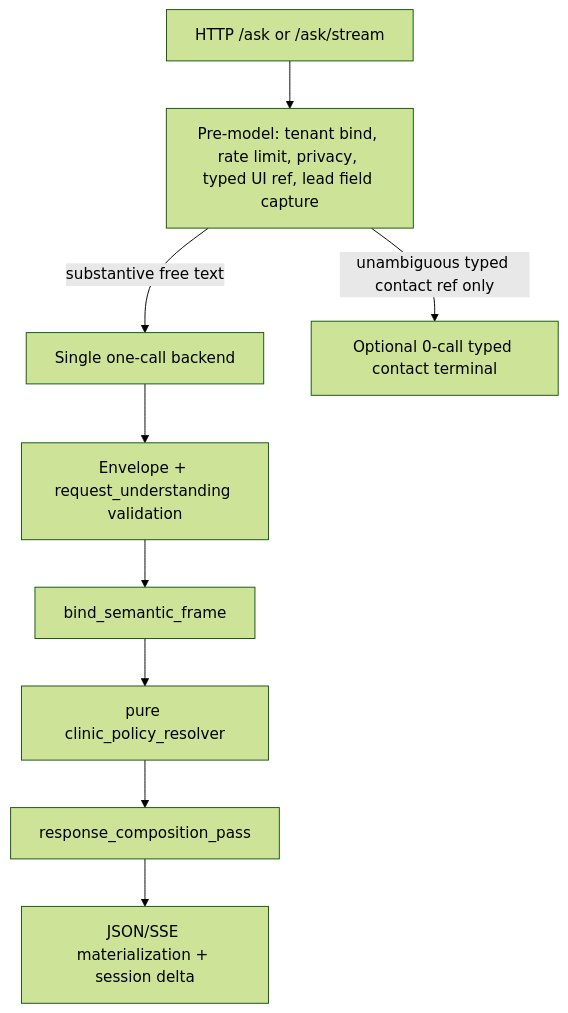
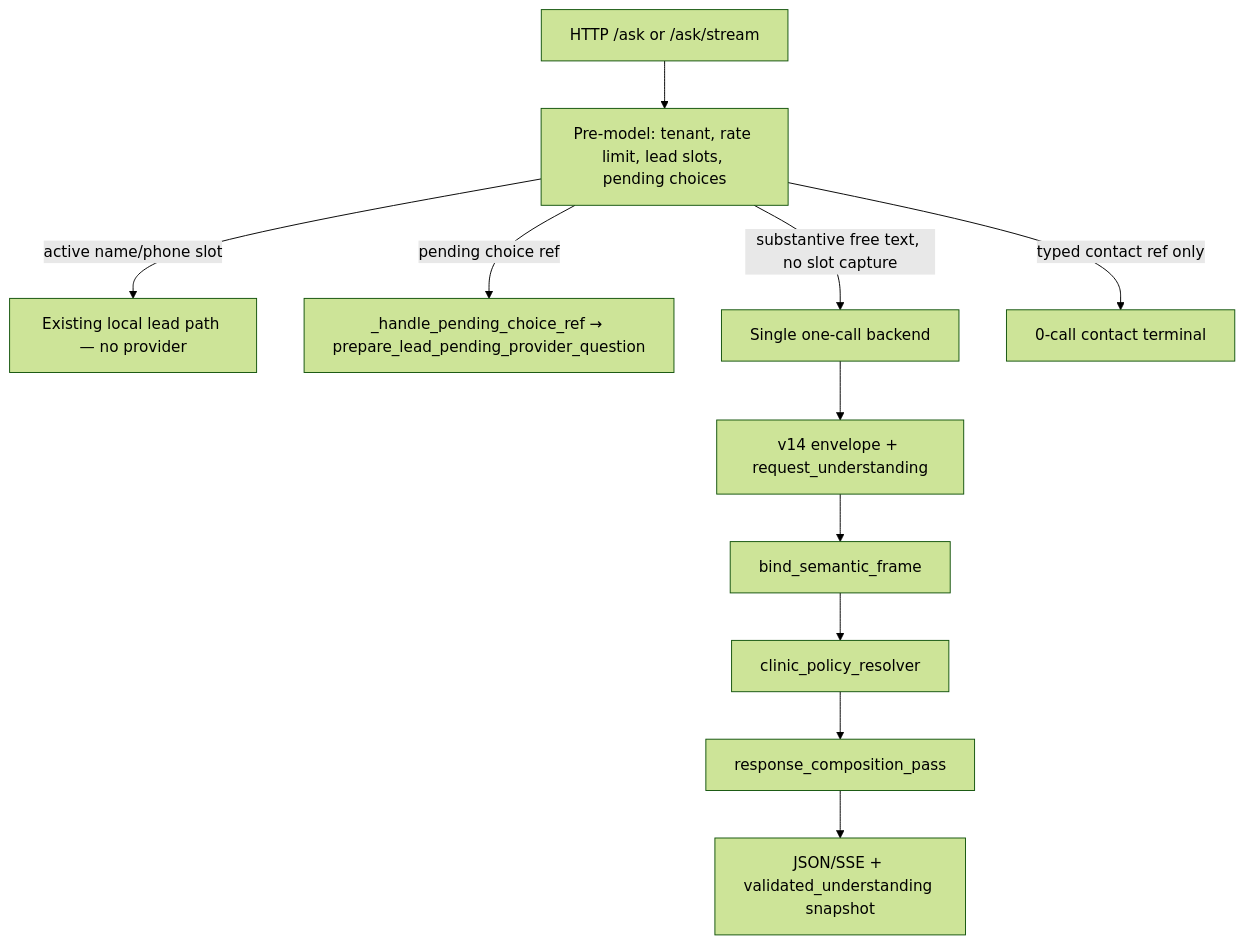
The diagram in docs/tasks/DEMO_D1R_MODEL_UNDERSTANDING.md (Dhmnzr79/artgents-bot), drawn with Mermaid (forest theme) before and after one commit. The commit also changed other lines of this file and 1 other file, not shown here.

First line of the commit message:
D1R checkpoint A1: apply architect review to integration design.

````diff
--- a/docs/tasks/DEMO_D1R_MODEL_UNDERSTANDING.md
+++ b/docs/tasks/DEMO_D1R_MODEL_UNDERSTANDING.md
@@ -131,11 +141,13 @@
 ```mermaid
 flowchart TD
-  HTTP[HTTP /ask or /ask/stream] --> PRE[Pre-model: tenant bind, rate limit, privacy, typed UI ref, lead field capture]
-  PRE -->|substantive free text| ONE[Single one-call backend]
-  PRE -->|unambiguous typed contact ref only| DET0[Optional 0-call typed contact terminal]
-  ONE --> VAL[Envelope + request_understanding validation]
+  HTTP[HTTP /ask or /ask/stream] --> PRE[Pre-model: tenant, rate limit, lead slots, pending choices]
+  PRE -->|active name/phone slot| LEADLOCAL[Existing local lead path — no provider]
+  PRE -->|pending choice ref| CHOICE[_handle_pending_choice_ref → prepare_lead_pending_provider_question]
+  PRE -->|substantive free text, no slot capture| ONE[Single one-call backend]
+  PRE -->|typed contact ref only| DET0[0-call contact terminal]
+  ONE --> VAL[v14 envelope + request_understanding]
   VAL --> BIND[bind_semantic_frame]
-  BIND --> POL[pure clinic_policy_resolver]
+  BIND --> POL[clinic_policy_resolver]
   POL --> COMP[response_composition_pass]
-  COMP --> MAT[JSON/SSE materialization + session delta]
+  COMP --> MAT[JSON/SSE + validated_understanding snapshot]
 ```
````
